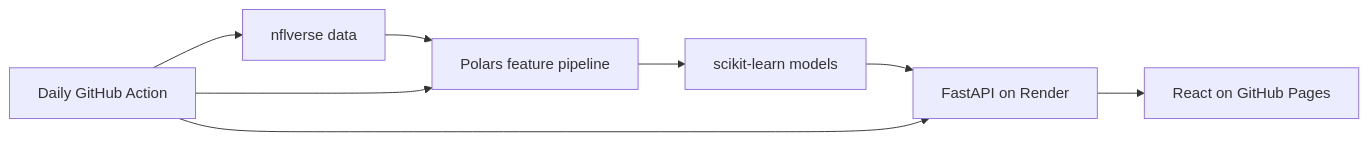
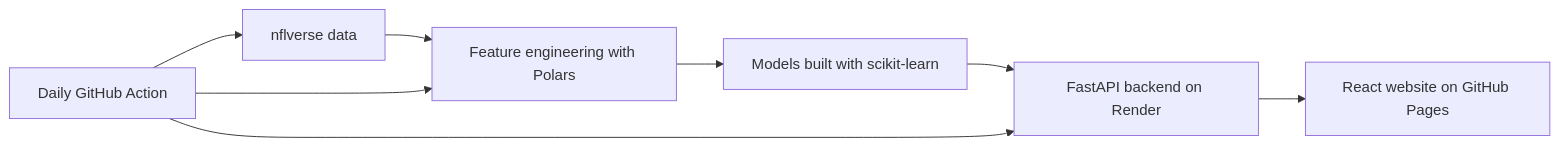
Before and after one commit to Vihaanbussa/nflgamepredictor: the diagram in README.md, drawn with Mermaid. The commit also changed other lines of this file, not shown here.

````diff
--- a/README.md
+++ b/README.md
@@ -17,10 +20,10 @@
 ```mermaid
 flowchart LR
-    A["nflverse data"] --> B["Polars feature pipeline"]
-    B --> C["scikit-learn models"]
-    C --> D["FastAPI on Render"]
-    D --> E["React on GitHub Pages"]
+    A["nflverse data"] --> B["Feature engineering with Polars"]
+    B --> C["Models built with scikit-learn"]
+    C --> D["FastAPI backend on Render"]
+    D --> E["React website on GitHub Pages"]
     F["Daily GitHub Action"] --> A
     F --> B
     F --> D
 ```
````
